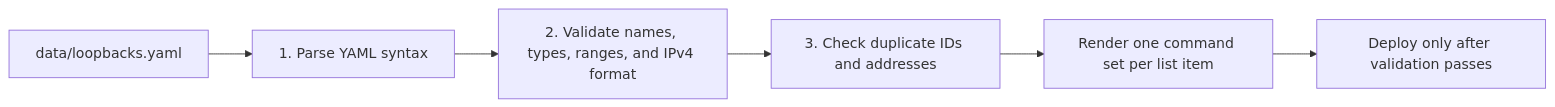
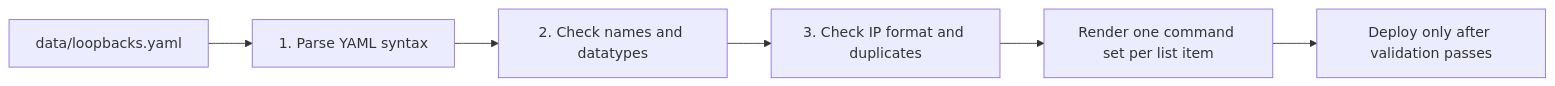
The second of 3 diagrams in LAB/Lab2/Lab2.md (tanthanh85/CCNPAUTO), drawn with Mermaid before and after one commit. The commit also changed other lines of this file and 31 other files, not shown here.

````diff
--- a/LAB/Lab2/Lab2.md
+++ b/LAB/Lab2/Lab2.md
@@ -416,8 +419,8 @@
 ```mermaid
 flowchart LR
     File["data/loopbacks.yaml"] --> YAML["1. Parse YAML syntax"]
-    YAML --> Schema["2. Validate names, types, ranges, and IPv4 format"]
-    Schema --> Semantic["3. Check duplicate IDs and addresses"]
+    YAML --> Fields["2. Check names and datatypes"]
+    Fields --> Semantic["3. Check IP format and duplicates"]
     Semantic --> Render["Render one command set per list item"]
     Render --> Deploy["Deploy only after validation passes"]
 ```
````
